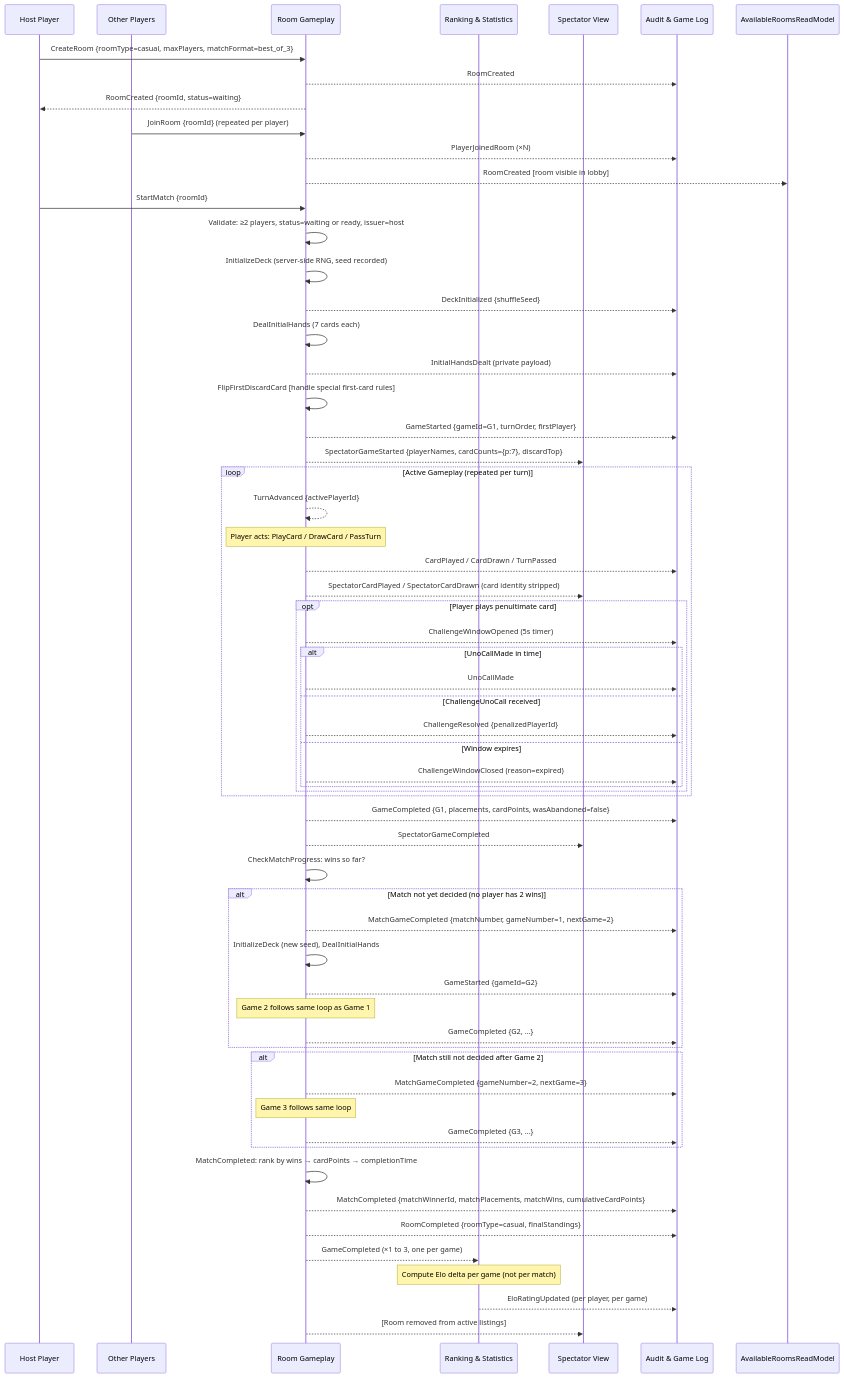
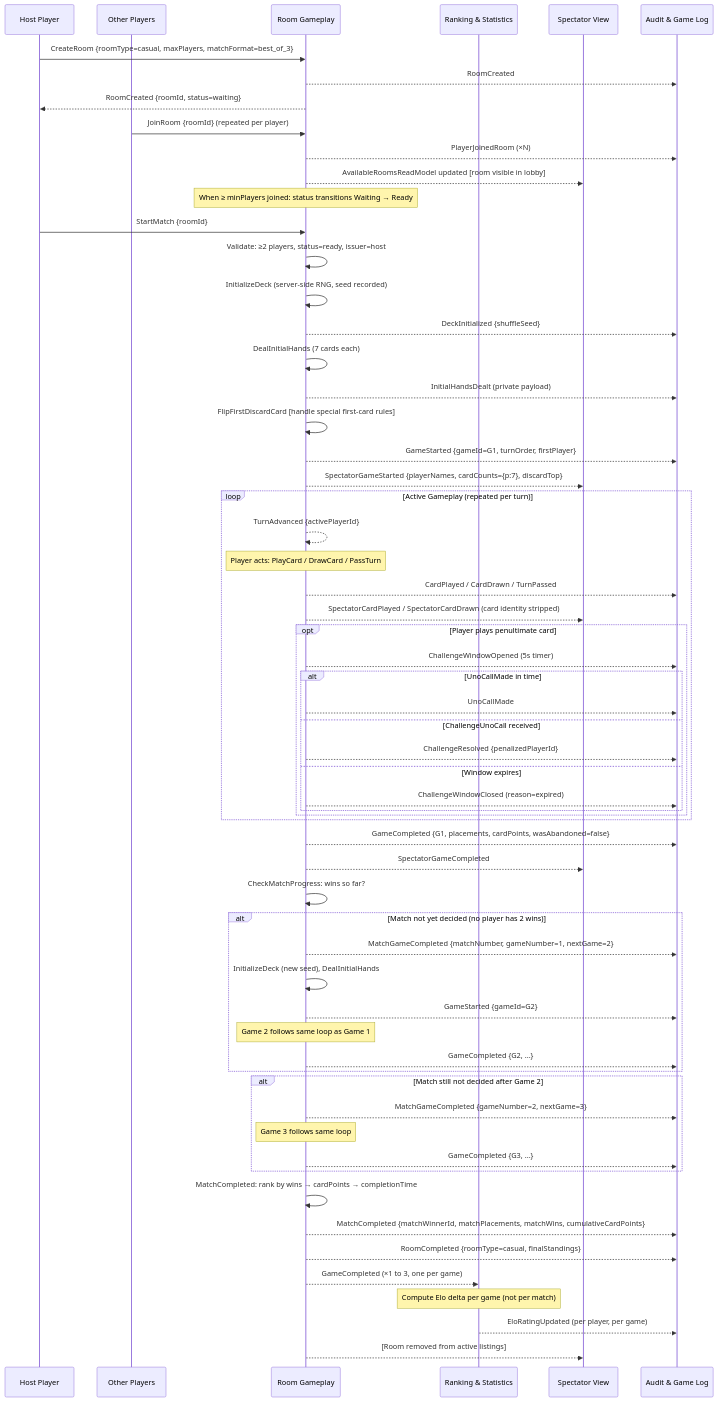
Before and after one commit to berni-245/UnoArena: the diagram in spec/diagrams/room-creation-to-completion.md, drawn with Mermaid. The commit also changed 11 other files, not shown here.

````diff
--- a/spec/diagrams/room-creation-to-completion.md
+++ b/spec/diagrams/room-creation-to-completion.md
@@ -5,80 +5,81 @@
 ```mermaid
 sequenceDiagram
     participant Host as Host Player
     participant P2 as Other Players
     participant RG as Room Gameplay
     participant RK as Ranking & Statistics
     participant SV as Spectator View
     participant AL as Audit & Game Log
 
     %% === ROOM SETUP ===
     Host->>RG: CreateRoom {roomType=casual, maxPlayers, matchFormat=best_of_3}
     RG-->>AL: RoomCreated
     RG-->>Host: RoomCreated {roomId, status=waiting}
 
     P2->>RG: JoinRoom {roomId} (repeated per player)
     RG-->>AL: PlayerJoinedRoom (×N)
-    RG-->>AvailableRoomsReadModel: RoomCreated [room visible in lobby]
+    RG-->>SV: AvailableRoomsReadModel updated [room visible in lobby]
+    Note over RG: When ≥ minPlayers joined: status transitions Waiting → Ready
 
     Host->>RG: StartMatch {roomId}
-    RG->>RG: Validate: ≥2 players, status=waiting or ready, issuer=host
+    RG->>RG: Validate: ≥2 players, status=ready, issuer=host
 
     %% === GAME 1 ===
     RG->>RG: InitializeDeck (server-side RNG, seed recorded)
     RG-->>AL: DeckInitialized {shuffleSeed}
     RG->>RG: DealInitialHands (7 cards each)
     RG-->>AL: InitialHandsDealt (private payload)
     RG->>RG: FlipFirstDiscardCard [handle special first-card rules]
     RG-->>AL: GameStarted {gameId=G1, turnOrder, firstPlayer}
     RG-->>SV: SpectatorGameStarted {playerNames, cardCounts={p:7}, discardTop}
 
     loop Active Gameplay (repeated per turn)
         RG-->>RG: TurnAdvanced {activePlayerId}
         Note over RG: Player acts: PlayCard / DrawCard / PassTurn
         RG-->>AL: CardPlayed / CardDrawn / TurnPassed
         RG-->>SV: SpectatorCardPlayed / SpectatorCardDrawn (card identity stripped)
         opt Player plays penultimate card
             RG-->>AL: ChallengeWindowOpened (5s timer)
             alt UnoCallMade in time
                 RG-->>AL: UnoCallMade
             else ChallengeUnoCall received
                 RG-->>AL: ChallengeResolved {penalizedPlayerId}
             else Window expires
                 RG-->>AL: ChallengeWindowClosed (reason=expired)
             end
         end
     end
 
     RG-->>AL: GameCompleted {G1, placements, cardPoints, wasAbandoned=false}
     RG-->>SV: SpectatorGameCompleted
 
     RG->>RG: CheckMatchProgress: wins so far?
 
     %% === GAME 2 (if needed) ===
     alt Match not yet decided (no player has 2 wins)
         RG-->>AL: MatchGameCompleted {matchNumber, gameNumber=1, nextGame=2}
         RG->>RG: InitializeDeck (new seed), DealInitialHands
         RG-->>AL: GameStarted {gameId=G2}
         Note over RG: Game 2 follows same loop as Game 1
         RG-->>AL: GameCompleted {G2, ...}
     end
 
     %% === GAME 3 (if needed) ===
     alt Match still not decided after Game 2
         RG-->>AL: MatchGameCompleted {gameNumber=2, nextGame=3}
         Note over RG: Game 3 follows same loop
         RG-->>AL: GameCompleted {G3, ...}
     end
 
     %% === MATCH & ROOM COMPLETION ===
     RG->>RG: MatchCompleted: rank by wins → cardPoints → completionTime
     RG-->>AL: MatchCompleted {matchWinnerId, matchPlacements, matchWins, cumulativeCardPoints}
     RG-->>AL: RoomCompleted {roomType=casual, finalStandings}
 
     %% === DOWNSTREAM ===
     RG-->>RK: GameCompleted (×1 to 3, one per game)
     Note over RK: Compute Elo delta per game (not per match)
     RK-->>AL: EloRatingUpdated (per player, per game)
 
     RG-->>SV: [Room removed from active listings]
 ```
````
